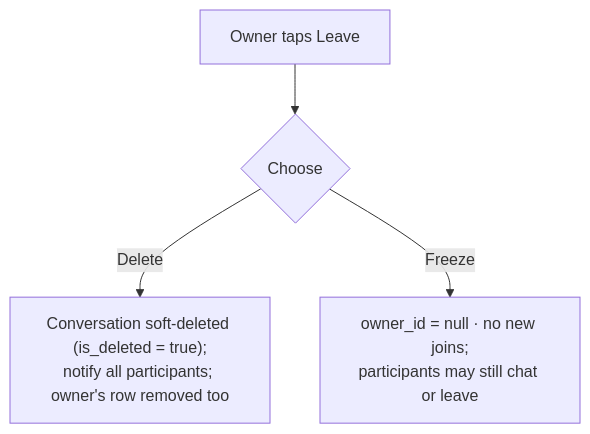
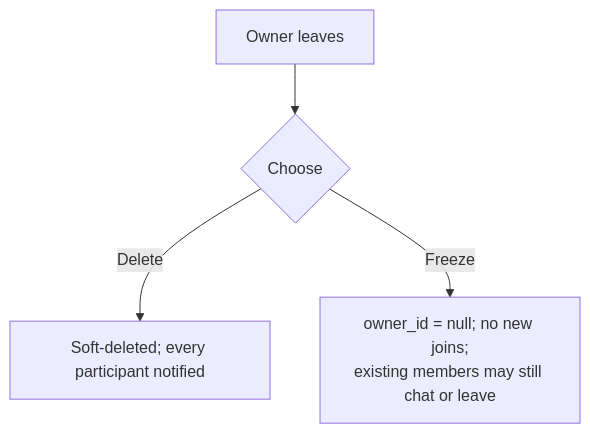
Before and after one commit to phanxuanquang/jetomax-assignment: the second of 4 diagrams in docs/software-requirements-specification.md, drawn with Mermaid. The commit also changed other lines of this file and 5 other files, not shown here.

````diff
--- a/docs/software-requirements-specification.md
+++ b/docs/software-requirements-specification.md
@@ -156,6 +138,6 @@
 ```mermaid
 flowchart TD
-    Leave["Owner taps Leave"] --> Ask{"Choose"}
-    Ask -->|"Delete"| Del["Conversation soft-deleted (is_deleted = true);<br/>notify all participants; owner's row removed too"]
-    Ask -->|"Freeze"| Frz["owner_id = null · no new joins;<br/>participants may still chat or leave"]
+    Leave["Owner leaves"] --> Ask{"Choose"}
+    Ask -->|Delete| Del["Soft-deleted; every participant notified"]
+    Ask -->|Freeze| Frz["owner_id = null; no new joins;<br/>existing members may still chat or leave"]
 ```
````
